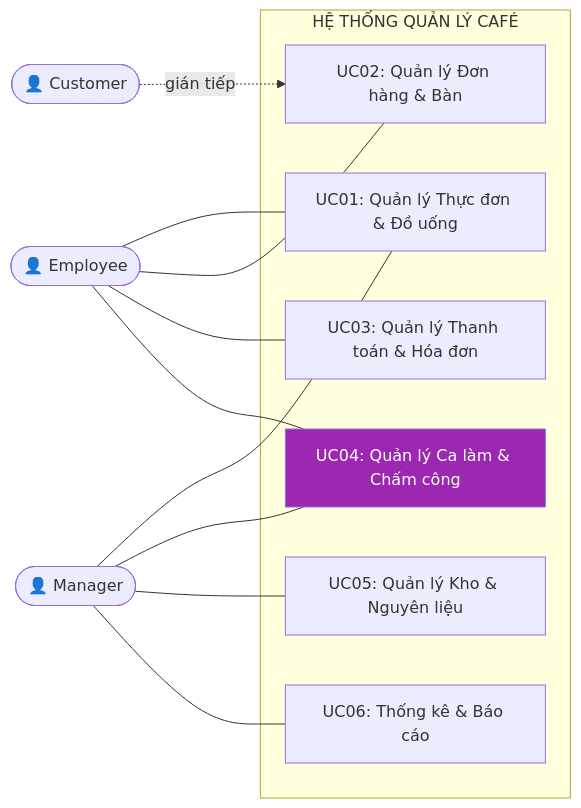
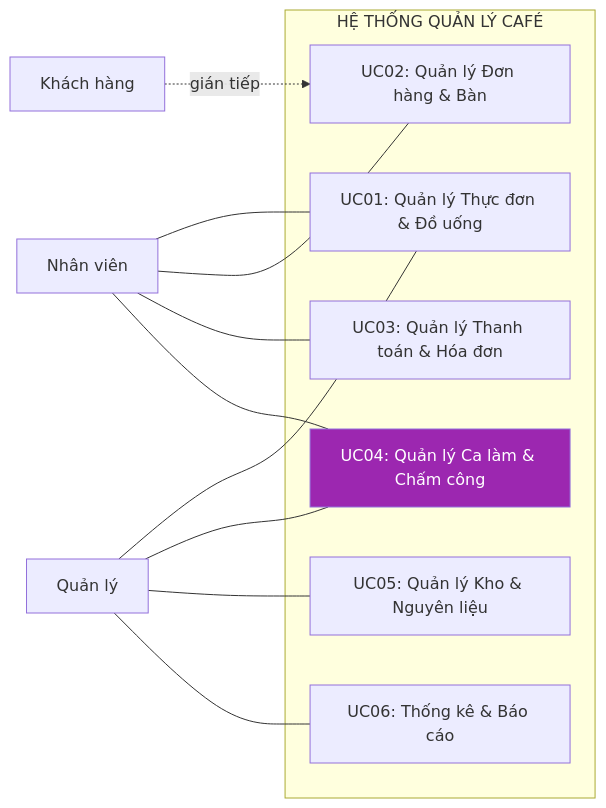
Before and after one commit to Elkayee/doc-automation-suite: the diagram in chapters/Ch03_CHƯƠNG_1_TỔNG_QUAN_HỆ_THỐNG_VÀ_PHÂN_CÔN.md, drawn with Mermaid. The commit also changed other lines of this file and 21 other files, not shown here.

````diff
--- a/chapters/Ch03_CHƯƠNG_1_TỔNG_QUAN_HỆ_THỐNG_VÀ_PHÂN_CÔN.md
+++ b/chapters/Ch03_CHƯƠNG_1_TỔNG_QUAN_HỆ_THỐNG_VÀ_PHÂN_CÔN.md
@@ -21,27 +21,27 @@
 ```mermaid
 graph LR
-    Manager(["👤 Manager"])
-    Employee(["👤 Employee"])
-    Customer(["👤 Customer"])
+    Manager["Quản lý"]
+    Employee["Nhân viên"]
+    Customer["Khách hàng"]
 
     subgraph HT ["HỆ THỐNG QUẢN LÝ CAFÉ"]
         UC01["UC01: Quản lý Thực đơn & Đồ uống"]
         UC02["UC02: Quản lý Đơn hàng & Bàn"]
         UC03["UC03: Quản lý Thanh toán & Hóa đơn"]
         UC04["UC04: Quản lý Ca làm & Chấm công"]
         UC05["UC05: Quản lý Kho & Nguyên liệu"]
         UC06["UC06: Thống kê & Báo cáo"]
     end
 
     Manager --- UC01
     Manager --- UC04
     Manager --- UC05
     Manager --- UC06
     Employee --- UC01
     Employee --- UC02
     Employee --- UC03
     Employee --- UC04
     Customer -. "gián tiếp" .-> UC02
 
     style UC04 fill:#9C27B0,color:#fff
 ```
````
